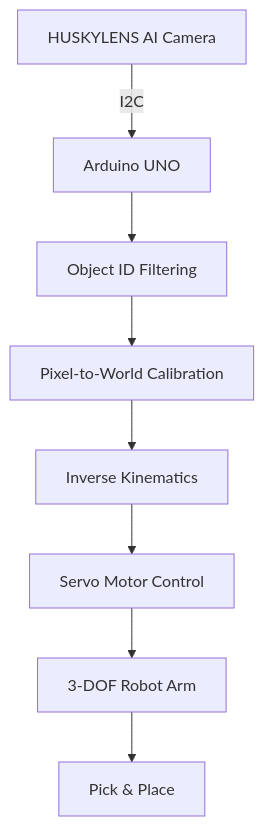
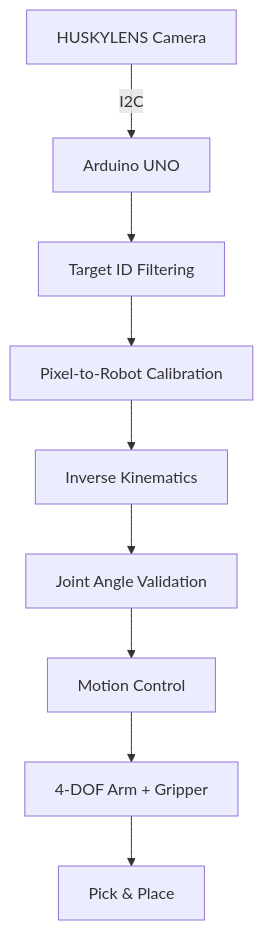
The diagram in README.md (junhyeong1211/visionpick-arm), drawn with Mermaid before and after one commit. The commit also changed other lines of this file, not shown here.

First line of the commit message:
refresh project README with 4-DOF progress

````diff
--- a/README.md
+++ b/README.md
@@ -41,10 +41,11 @@
 ```mermaid
 flowchart TD
-    A["HUSKYLENS AI Camera"] -->|I2C| B["Arduino UNO"]
-    B --> C["Object ID Filtering"]
-    C --> D["Pixel-to-World Calibration"]
+    A["HUSKYLENS Camera"] -->|"I2C"| B["Arduino UNO"]
+    B --> C["Target ID Filtering"]
+    C --> D["Pixel-to-Robot Calibration"]
     D --> E["Inverse Kinematics"]
-    E --> F["Servo Motor Control"]
-    F --> G["3-DOF Robot Arm"]
-    G --> H["Pick & Place"]
+    E --> F["Joint Angle Validation"]
+    F --> G["Motion Control"]
+    G --> H["4-DOF Arm + Gripper"]
+    H --> I["Pick & Place"]
 ```
````
